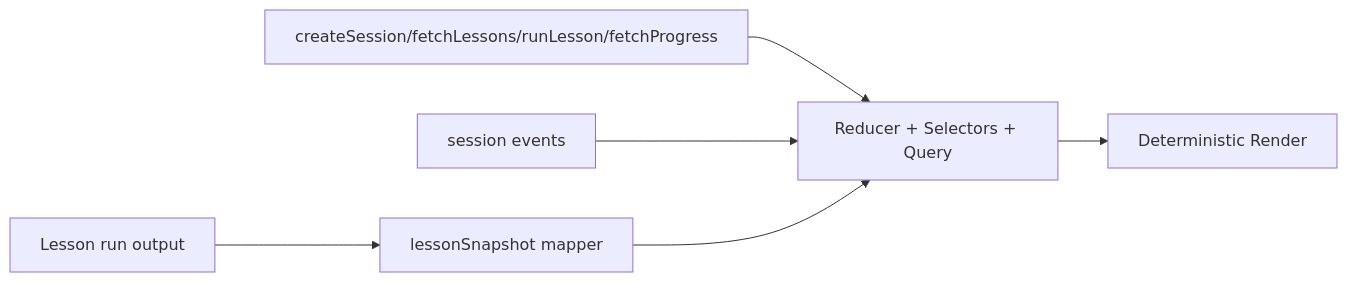
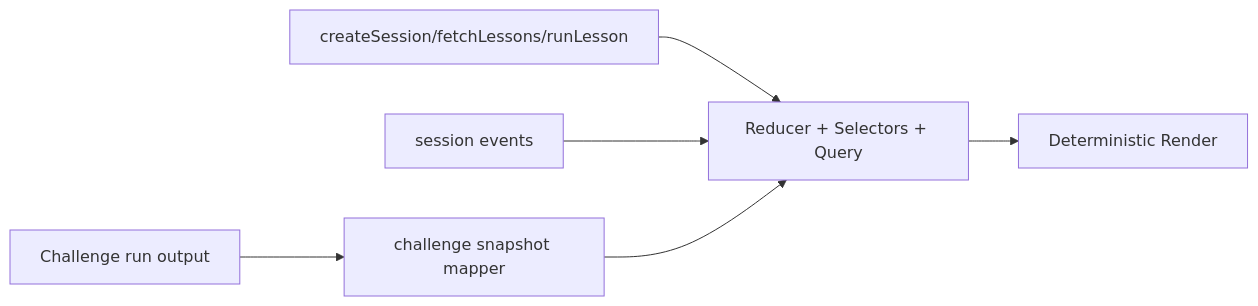
The second of 2 diagrams in feature/04-web-ui.md (gachu2002/os-simulator), drawn with Mermaid before and after one commit. The commit also changed other lines of this file and 31 other files, not shown here.

````diff
--- a/feature/04-web-ui.md
+++ b/feature/04-web-ui.md
@@ -25,8 +21,8 @@
 ```mermaid
 flowchart LR
-  HTTP[createSession/fetchLessons/runLesson/fetchProgress] --> STATE[Reducer + Selectors + Query]
+  HTTP[createSession/fetchLessons/runLesson] --> STATE[Reducer + Selectors + Query]
   WS[session events] --> STATE
-  LES[Lesson run output] --> MAP[lessonSnapshot mapper]
+  RUN[Challenge run output] --> MAP[challenge snapshot mapper]
   MAP --> STATE
   STATE --> UI[Deterministic Render]
 ```
````
